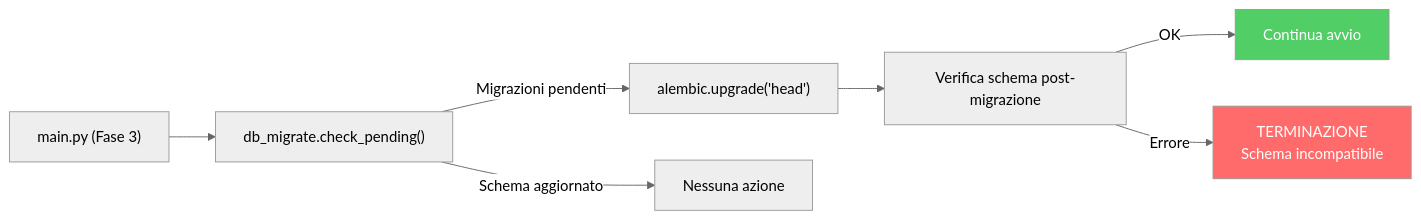
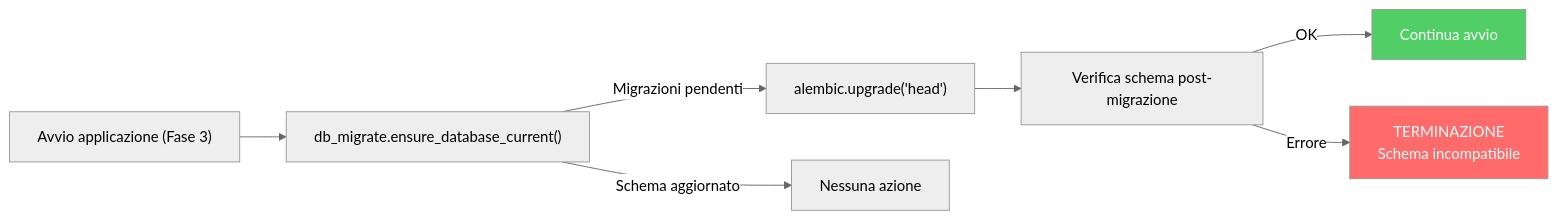
One commit to renanaugustomacena-ux/Counter-Strike-coach-AI changed diagram 22 of 52 in docs/books/Book-Coach-3.md. Above: the diagram before and after it, drawn with Mermaid (neutral theme). The commit also changed other lines of this file and 4 other files, not shown here.

````diff
--- a/docs/books/Book-Coach-3.md
+++ b/docs/books/Book-Coach-3.md
@@ -1374,12 +1386,12 @@
 ```mermaid
 flowchart LR
-    BOOT["main.py (Fase 3)"]
-    BOOT --> CHECK["db_migrate.check_pending()"]
+    BOOT["Avvio applicazione (Fase 3)"]
+    BOOT --> CHECK["db_migrate.ensure_database_current()"]
     CHECK -->|"Migrazioni pendenti"| APPLY["alembic.upgrade('head')"]
     CHECK -->|"Schema aggiornato"| SKIP["Nessuna azione"]
     APPLY --> VERIFY["Verifica schema post-migrazione"]
     VERIFY -->|"OK"| CONTINUE["Continua avvio"]
     VERIFY -->|"Errore"| ABORT["TERMINAZIONE<br/>Schema incompatibile"]
     style CONTINUE fill:#51cf66,color:#fff
     style ABORT fill:#ff6b6b,color:#fff
 ```
````
